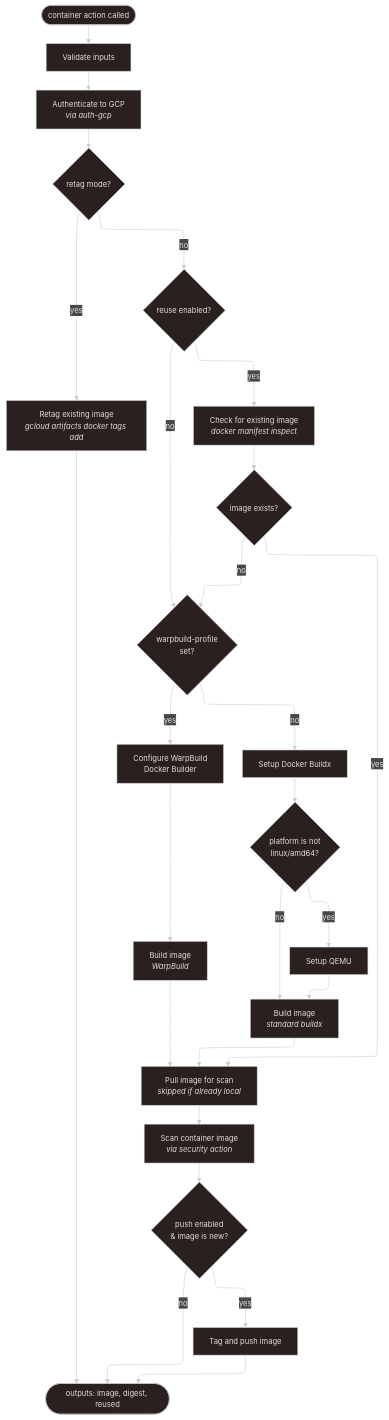
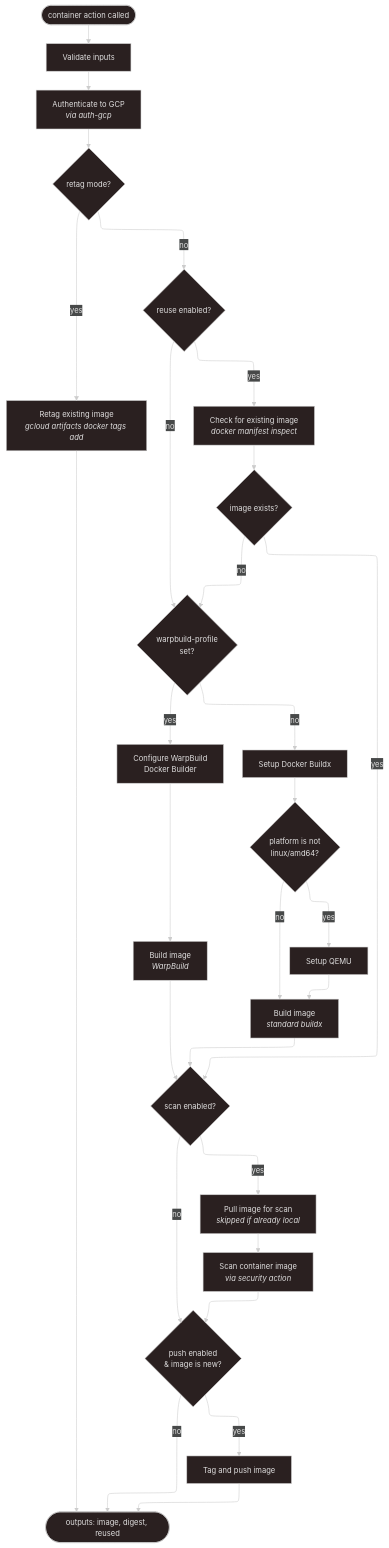
The sixth of 8 diagrams in docs/usage.md (credova/platform-workflows), drawn with Mermaid before and after one commit. The commit also changed 1 other file, not shown here.

Commit message:
docs(container): reuse hit scans the image [sc-88380]
The action README said the scan is skipped on a reuse hit, and the
lifecycle diagram had no branch for scan: false. Both now match the
action: a reuse hit pulls the existing image and scans it, and scan is
the only input that turns the scan off.

````diff
--- a/docs/usage.md
+++ b/docs/usage.md
@@ -1090,56 +1090,60 @@
 ```mermaid
 ---
 config:
   layout: elk
   theme: neo-dark
 ---
 flowchart TD
     IN(["container action called"])
 
     VAL["Validate inputs"]
     GCP["Authenticate to GCP\n<i>via auth-gcp</i>"]
 
     RETAG_CHECK{"retag mode?"}
     RETAG["Retag existing image\n<i>gcloud artifacts docker tags add</i>"]
 
     REUSE_CHECK{"reuse enabled?"}
     REUSE["Check for existing image\n<i>docker manifest inspect</i>"]
     EXISTS{"image exists?"}
 
+    SCAN_CHECK{"scan enabled?"}
     PULL["Pull image for scan\n<i>skipped if already local</i>"]
 
     WARP_CHECK{"warpbuild-profile\nset?"}
     WARP_SETUP["Configure WarpBuild\nDocker Builder"]
     WARP_BUILD["Build image\n<i>WarpBuild</i>"]
 
     BUILDX["Setup Docker Buildx"]
     QEMU{"platform is not\nlinux/amd64?"}
     QEMU_SETUP["Setup QEMU"]
     STD_BUILD["Build image\n<i>standard buildx</i>"]
 
     SCAN["Scan container image\n<i>via security action</i>"]
     PUSH_CHECK{"push enabled\n& image is new?"}
     PUSH["Tag and push image"]
 
     OUT(["outputs: image, digest, reused"])
 
     IN --> VAL --> GCP --> RETAG_CHECK
 
     RETAG_CHECK -->|yes| RETAG --> OUT
     RETAG_CHECK -->|no| REUSE_CHECK
 
     REUSE_CHECK -->|yes| REUSE --> EXISTS
     REUSE_CHECK -->|no| WARP_CHECK
-    EXISTS -->|yes| PULL
+    EXISTS -->|yes| SCAN_CHECK
     EXISTS -->|no| WARP_CHECK
 
-    WARP_CHECK -->|yes| WARP_SETUP --> WARP_BUILD --> PULL
+    WARP_CHECK -->|yes| WARP_SETUP --> WARP_BUILD --> SCAN_CHECK
     WARP_CHECK -->|no| BUILDX --> QEMU
     QEMU -->|yes| QEMU_SETUP --> STD_BUILD
     QEMU -->|no| STD_BUILD
 
-    STD_BUILD --> PULL --> SCAN --> PUSH_CHECK
+    STD_BUILD --> SCAN_CHECK
+
+    SCAN_CHECK -->|yes| PULL --> SCAN --> PUSH_CHECK
+    SCAN_CHECK -->|no| PUSH_CHECK
 
     PUSH_CHECK -->|yes| PUSH --> OUT
     PUSH_CHECK -->|no| OUT
 ```
````
